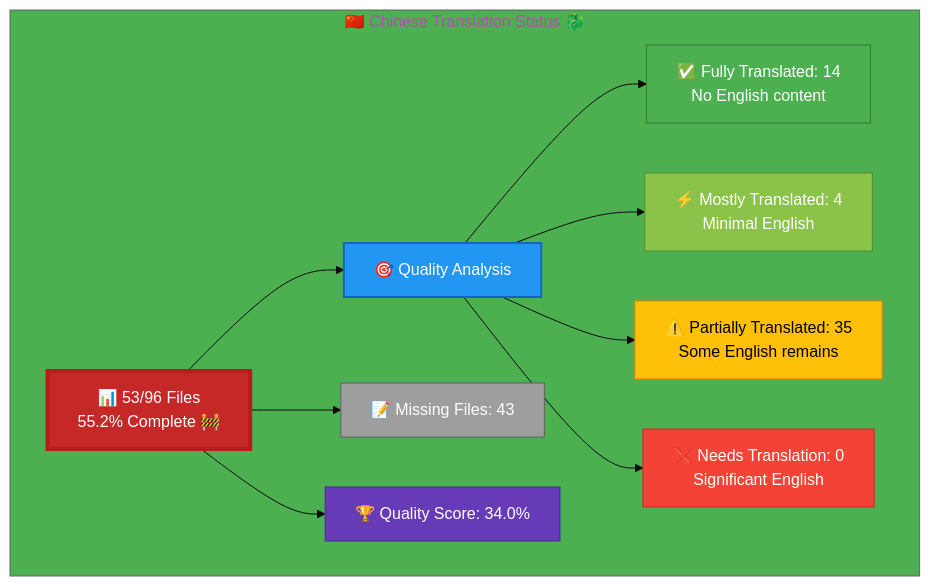
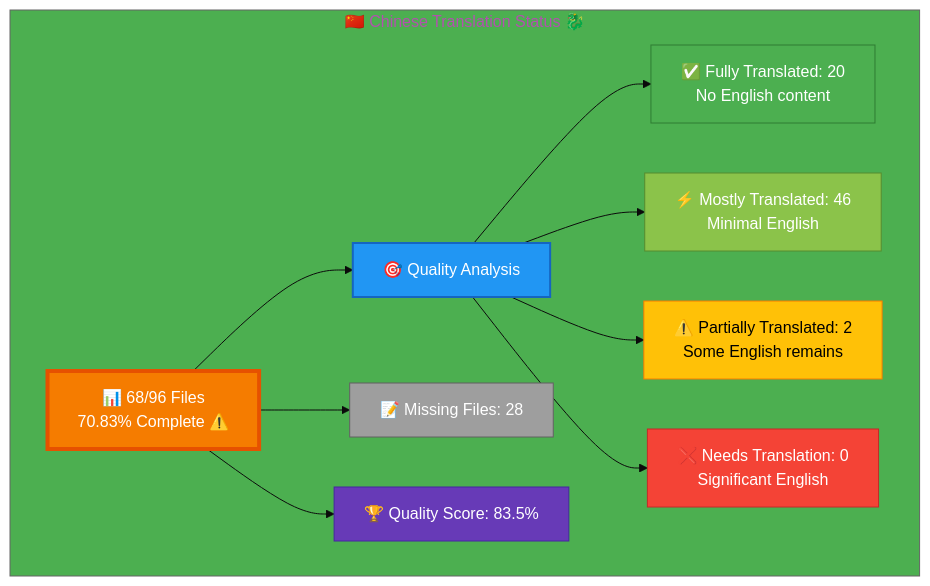
One commit to Hack23/homepage changed the diagram in Chinese-Translation-Status.md. Above: the diagram before and after it, drawn with Mermaid. The commit also changed other lines of this file and 9 other files, not shown here.

````diff
--- a/Chinese-Translation-Status.md
+++ b/Chinese-Translation-Status.md
@@ -12,26 +12,26 @@
 ```mermaid
-%%{init: {'theme':'base', 'themeVariables': {'primaryColor':'#C62828','secondaryColor':'#2196F3','tertiaryColor':'#4CAF50','fontSize':'16px'}}}%%
+%%{init: {'theme':'base', 'themeVariables': {'primaryColor':'#F57C00','secondaryColor':'#2196F3','tertiaryColor':'#4CAF50','fontSize':'16px'}}}%%
 graph TB
     subgraph "🇨🇳 Chinese Translation Status 🐉"
-        A["📊 53/96 Files<br/>55.2% Complete 🚧"]
+        A["📊 68/96 Files<br/>70.83% Complete ⚠️ "]
         
         A --> B["🎯 Quality Analysis"]
-        B --> C["✅ Fully Translated: 14<br/>No English content"]
-        B --> D["⚡ Mostly Translated: 4<br/>Minimal English"]
-        B --> E["⚠️  Partially Translated: 35<br/>Some English remains"]
+        B --> C["✅ Fully Translated: 20<br/>No English content"]
+        B --> D["⚡ Mostly Translated: 46<br/>Minimal English"]
+        B --> E["⚠️  Partially Translated: 2<br/>Some English remains"]
         B --> F["❌ Needs Translation: 0<br/>Significant English"]
         
-        A --> G["📝 Missing Files: 43"]
+        A --> G["📝 Missing Files: 28"]
         
-        A --> H["🏆 Quality Score: 34.0%"]
+        A --> H["🏆 Quality Score: 83.5%"]
         
-        style A fill:#C62828,stroke:#B71C1C,color:#fff,stroke-width:4px
+        style A fill:#F57C00,stroke:#E65100,color:#fff,stroke-width:4px
         style B fill:#2196F3,stroke:#1565C0,color:#fff,stroke-width:2px
         style C fill:#4CAF50,stroke:#2E7D32,color:#fff
         style D fill:#8BC34A,stroke:#558B2F,color:#fff
         style E fill:#FFC107,stroke:#F57C00,color:#000
         style F fill:#F44336,stroke:#C62828,color:#fff
         style G fill:#9E9E9E,stroke:#616161,color:#fff
         style H fill:#673AB7,stroke:#4527A0,color:#fff
     end
 ```
````
